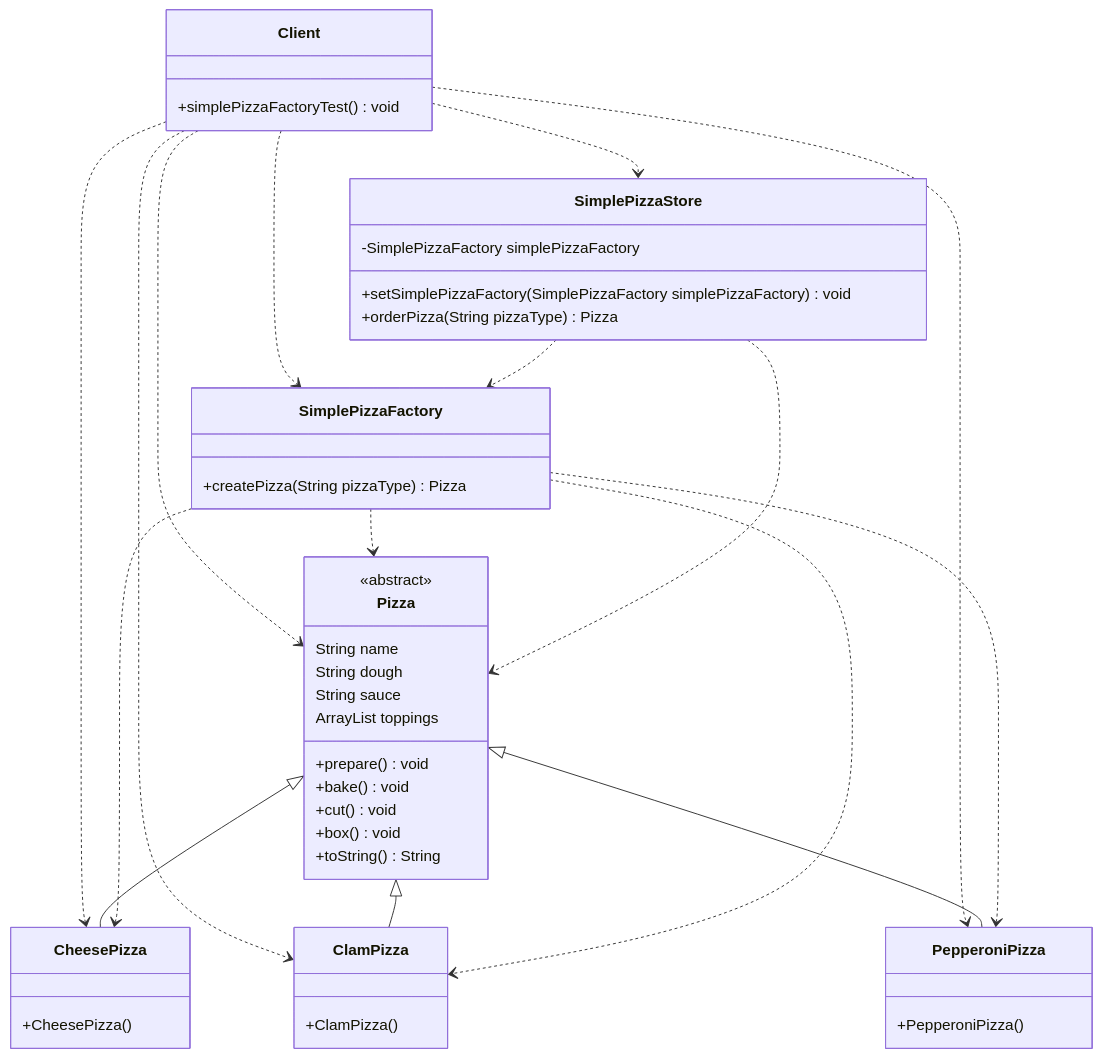
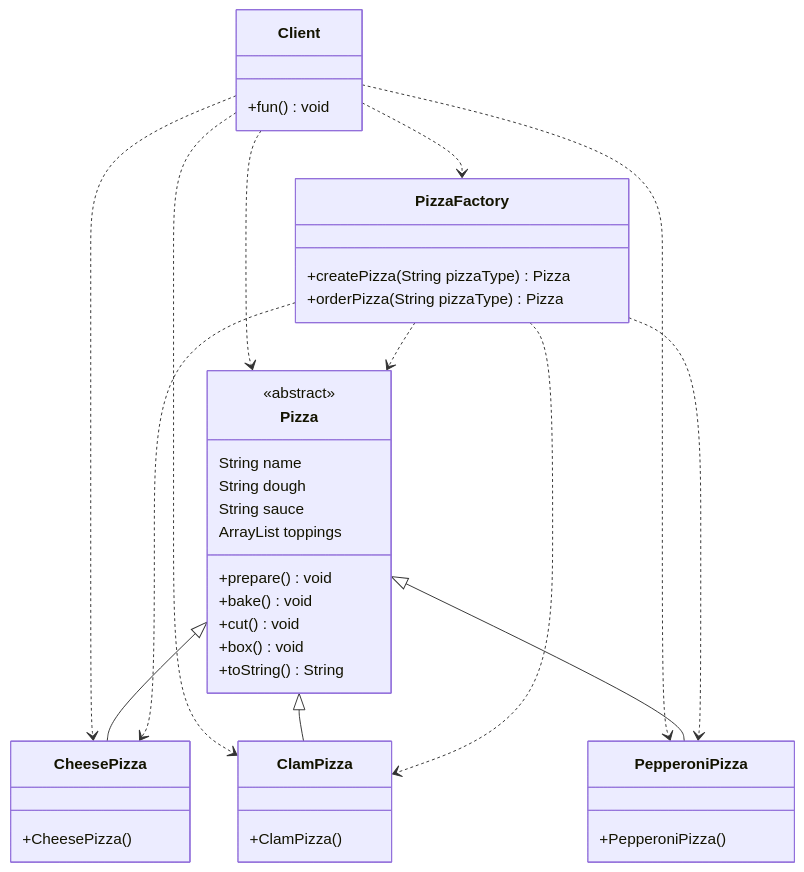
Diagram 16 of 18 in general/designpattern/designpattern-java/designpattern-java.md (lingwh1995/books), drawn with Mermaid before and after one commit. The commit also changed other lines of this file, not shown here.

````diff
--- a/general/designpattern/designpattern-java/designpattern-java.md
+++ b/general/designpattern/designpattern-java/designpattern-java.md
@@ -823,50 +823,43 @@
 ```mermaid
 classDiagram
-    Client ..> SimplePizzaStore
-    Client ..> SimplePizzaFactory
+    Client ..> PizzaFactory
     Client ..> Pizza
     Client ..> CheesePizza
     Client ..> ClamPizza
     Client ..> PepperoniPizza
     Pizza <|-- CheesePizza
     Pizza <|-- ClamPizza
     Pizza <|-- PepperoniPizza
-    SimplePizzaFactory ..> Pizza
-    SimplePizzaFactory ..> CheesePizza
-    SimplePizzaFactory ..> ClamPizza
-    SimplePizzaFactory ..> PepperoniPizza
-    SimplePizzaStore ..> Pizza
-    SimplePizzaStore ..> SimplePizzaFactory
+    PizzaFactory ..> Pizza
+    PizzaFactory ..> CheesePizza
+    PizzaFactory ..> ClamPizza
+    PizzaFactory ..> PepperoniPizza
     class Pizza {
         String name
 	    String dough
 	    String sauce
 	    ArrayList<String> toppings
 	    +prepare() void
 	    +bake() void
 	    +cut() void
 	    +box() void
 	    +toString() String
     }
     class CheesePizza{
         +CheesePizza()
     }
     class ClamPizza{
         +ClamPizza()
     }
     class PepperoniPizza {
         +PepperoniPizza()
     }
-    class SimplePizzaFactory {
+    class PizzaFactory {
         +createPizza(String pizzaType) Pizza
-    }
-    class SimplePizzaStore {
-        -SimplePizzaFactory simplePizzaFactory
-        +setSimplePizzaFactory(SimplePizzaFactory simplePizzaFactory) void
         +orderPizza(String pizzaType) Pizza
     }
     class Client {
-        +simplePizzaFactoryTest() void
+        +fun() void
     }
     <<abstract>> Pizza
 ```
````
